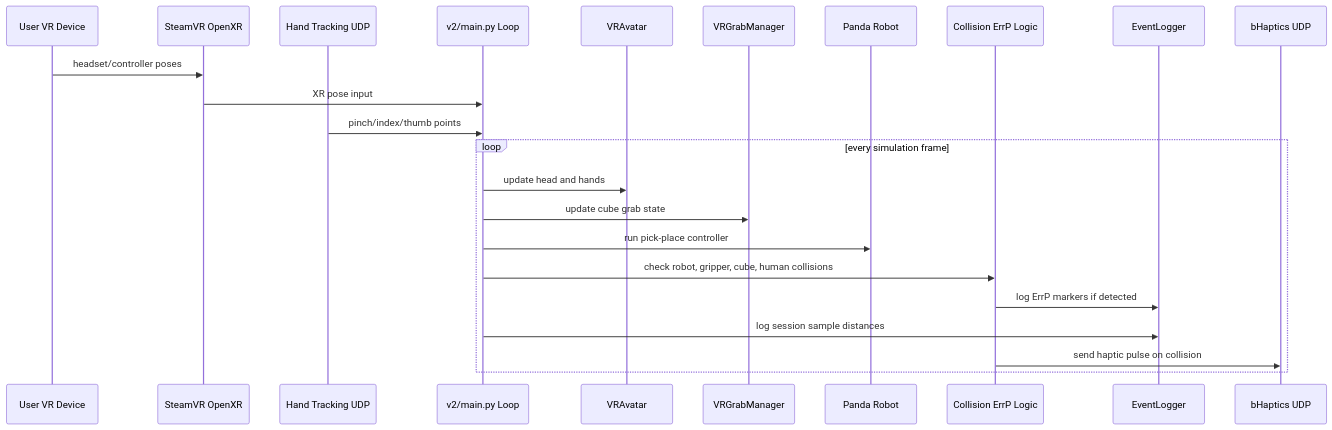
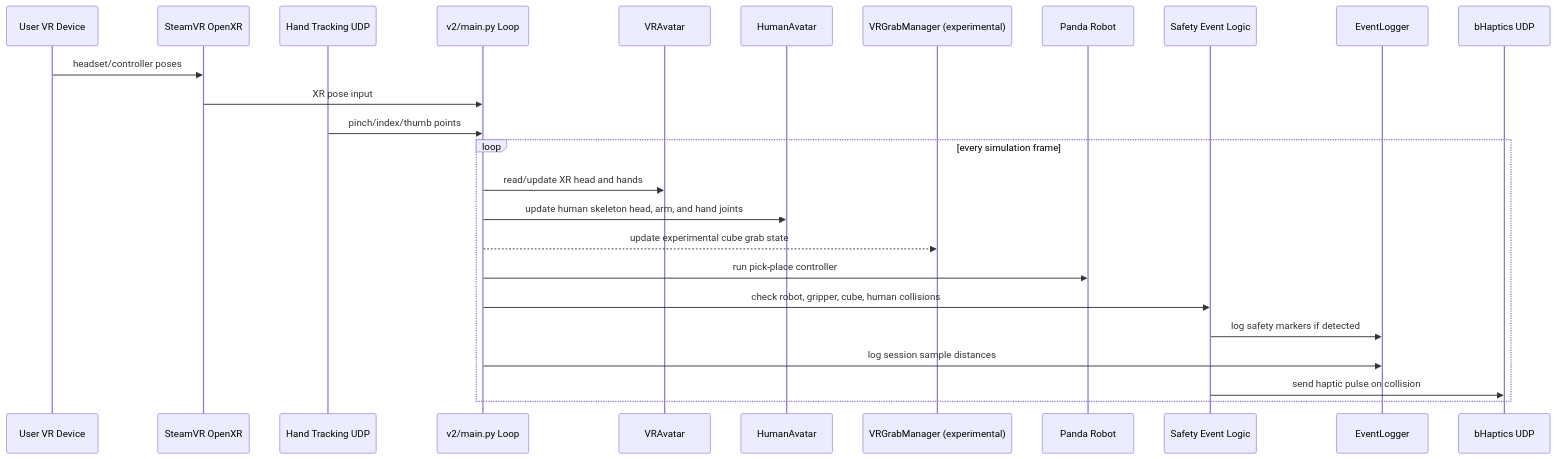
The second of 2 diagrams in docs/pipeline.md (LimChanju/SeRT-Training-Platform), drawn with Mermaid before and after one commit. The commit also changed other lines of this file and 80 other files, not shown here.

````diff
--- a/docs/pipeline.md
+++ b/docs/pipeline.md
@@ -78,27 +85,29 @@
 ```mermaid
 sequenceDiagram
     participant U as User VR Device
     participant XR as SteamVR OpenXR
     participant HT as Hand Tracking UDP
     participant M as v2/main.py Loop
     participant A as VRAvatar
-    participant G as VRGrabManager
+    participant HA as HumanAvatar
+    participant G as VRGrabManager (experimental)
     participant R as Panda Robot
-    participant C as Collision ErrP Logic
+    participant C as Safety Event Logic
     participant L as EventLogger
     participant H as bHaptics UDP
 
     U->>XR: headset/controller poses
     XR->>M: XR pose input
     HT->>M: pinch/index/thumb points
 
     loop every simulation frame
-        M->>A: update head and hands
-        M->>G: update cube grab state
+        M->>A: read/update XR head and hands
+        M->>HA: update human skeleton head, arm, and hand joints
+        M-->>G: update experimental cube grab state
         M->>R: run pick-place controller
         M->>C: check robot, gripper, cube, human collisions
-        C->>L: log ErrP markers if detected
+        C->>L: log safety markers if detected
         M->>L: log session sample distances
         C->>H: send haptic pulse on collision
     end
 ```
````
